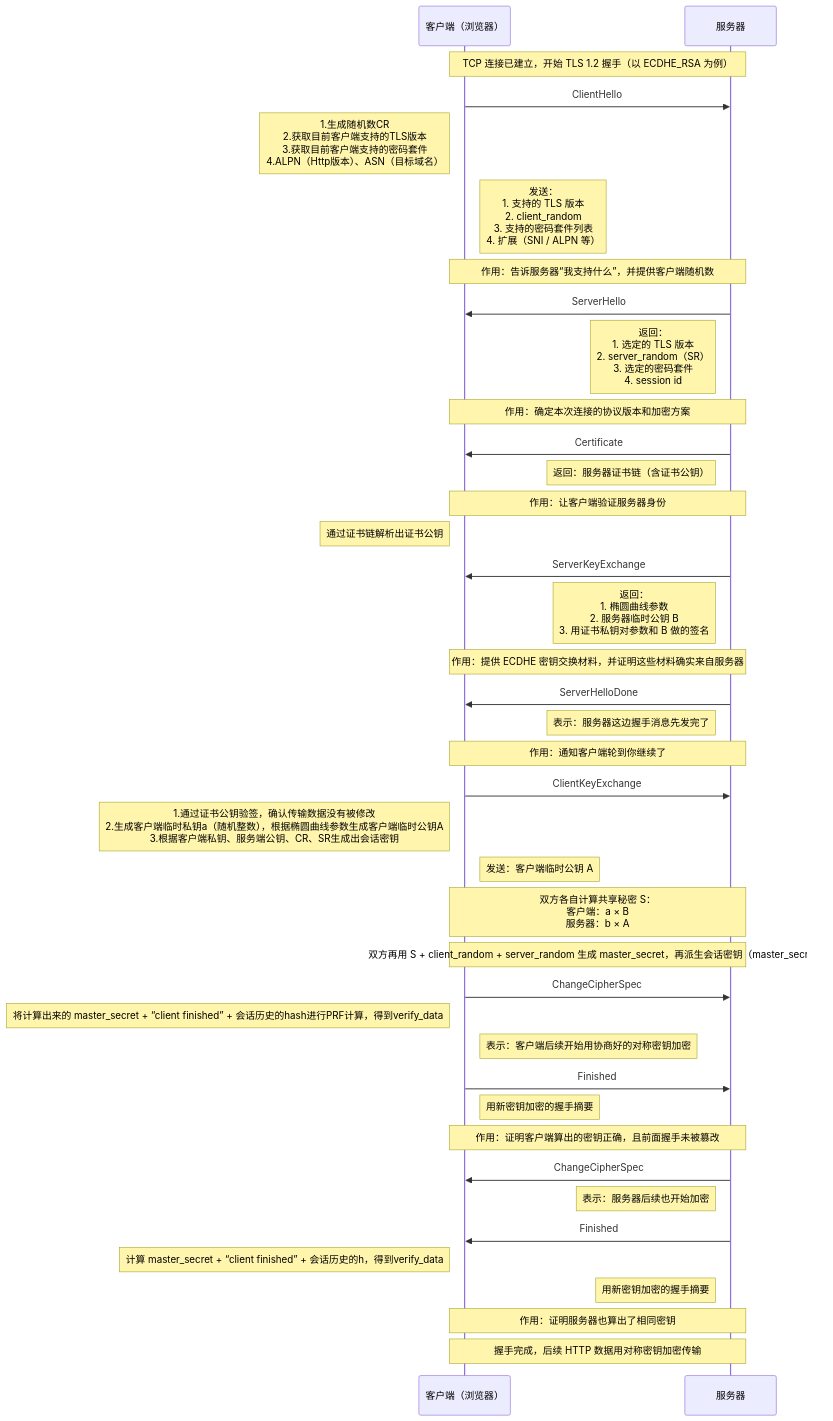
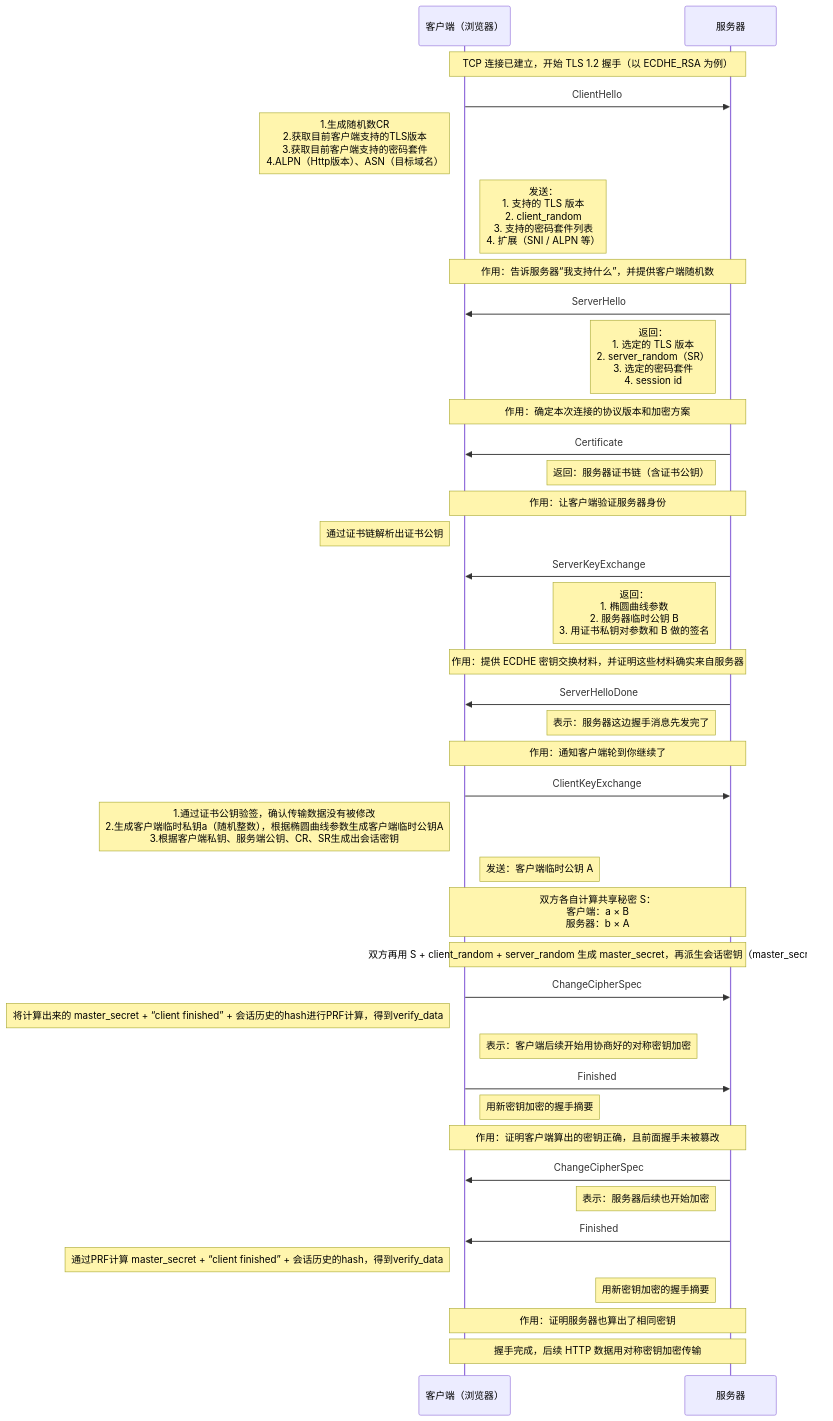
Before and after one commit to HY-10-8/iodraw-files: the diagram in all/TLS-1.2-ECDHE.md, drawn with Mermaid.

Commit message:
2026-03-30 17:28:32 update

````diff
--- a/all/TLS-1.2-ECDHE.md
+++ b/all/TLS-1.2-ECDHE.md
@@ -1,54 +1,54 @@
 ```mermaid
 sequenceDiagram
     participant C as 客户端（浏览器）
     participant S as 服务器
 
     Note over C,S: TCP 连接已建立，开始 TLS 1.2 握手（以 ECDHE_RSA 为例）
 
     C->>S: ClientHello
     Note left of C: 1.生成随机数CR<br/> 2.获取目前客户端支持的TLS版本<br/> 3.获取目前客户端支持的密码套件<br/> 4.ALPN（Http版本）、ASN（目标域名）
     Note right of C: 发送：<br/>1. 支持的 TLS 版本<br/>2. client_random<br/>3. 支持的密码套件列表<br/>4. 扩展（SNI / ALPN 等）
     Note over C,S: 作用：告诉服务器“我支持什么”，并提供客户端随机数
 
     S->>C: ServerHello
     Note left of S: 返回：<br/>1. 选定的 TLS 版本<br/>2. server_random（SR）<br/>3. 选定的密码套件<br/>4. session id
     Note over C,S: 作用：确定本次连接的协议版本和加密方案
 
     S->>C: Certificate
     Note left of S: 返回：服务器证书链（含证书公钥）
     Note over C,S: 作用：让客户端验证服务器身份
     Note left of C: 通过证书链解析出证书公钥
 
     S->>C: ServerKeyExchange
     Note left of S: 返回：<br/>1. 椭圆曲线参数<br/>2. 服务器临时公钥 B<br/>3. 用证书私钥对参数和 B 做的签名
     Note over C,S: 作用：提供 ECDHE 密钥交换材料，并证明这些材料确实来自服务器
 
     S->>C: ServerHelloDone
     Note left of S: 表示：服务器这边握手消息先发完了
     Note over C,S: 作用：通知客户端轮到你继续了
 
     C->>S: ClientKeyExchange
     Note left of C: 1.通过证书公钥验签，确认传输数据没有被修改<br/> 2.生成客户端临时私钥a（随机整数），根据椭圆曲线参数生成客户端临时公钥A<br/> 3.根据客户端私钥、服务端公钥、CR、SR生成出会话密钥
     Note right of C: 发送：客户端临时公钥 A
     Note over C,S: 双方各自计算共享秘密 S：<br/>客户端：a × B<br/>服务器：b × A
 
     Note over C,S: 双方再用 S + client_random + server_random 生成 master_secret，再派生会话密钥（master_secret）
 
     C->>S: ChangeCipherSpec
     Note left of C: 将计算出来的 master_secret + “client finished” + 会话历史的hash进行PRF计算，得到verify_data
     Note right of C: 表示：客户端后续开始用协商好的对称密钥加密
 
     C->>S: Finished
     Note right of C: 用新密钥加密的握手摘要
     Note over C,S: 作用：证明客户端算出的密钥正确，且前面握手未被篡改
 
     S->>C: ChangeCipherSpec
     Note left of S: 表示：服务器后续也开始加密
 
     S->>C: Finished
-    Note left of C: 计算 master_secret + “client finished” + 会话历史的h，得到verify_data
+    Note left of C: 通过PRF计算 master_secret + “client finished” + 会话历史的hash，得到verify_data
     Note left of S: 用新密钥加密的握手摘要
     Note over C,S: 作用：证明服务器也算出了相同密钥
 
     Note over C,S: 握手完成，后续 HTTP 数据用对称密钥加密传输
 ```
````
